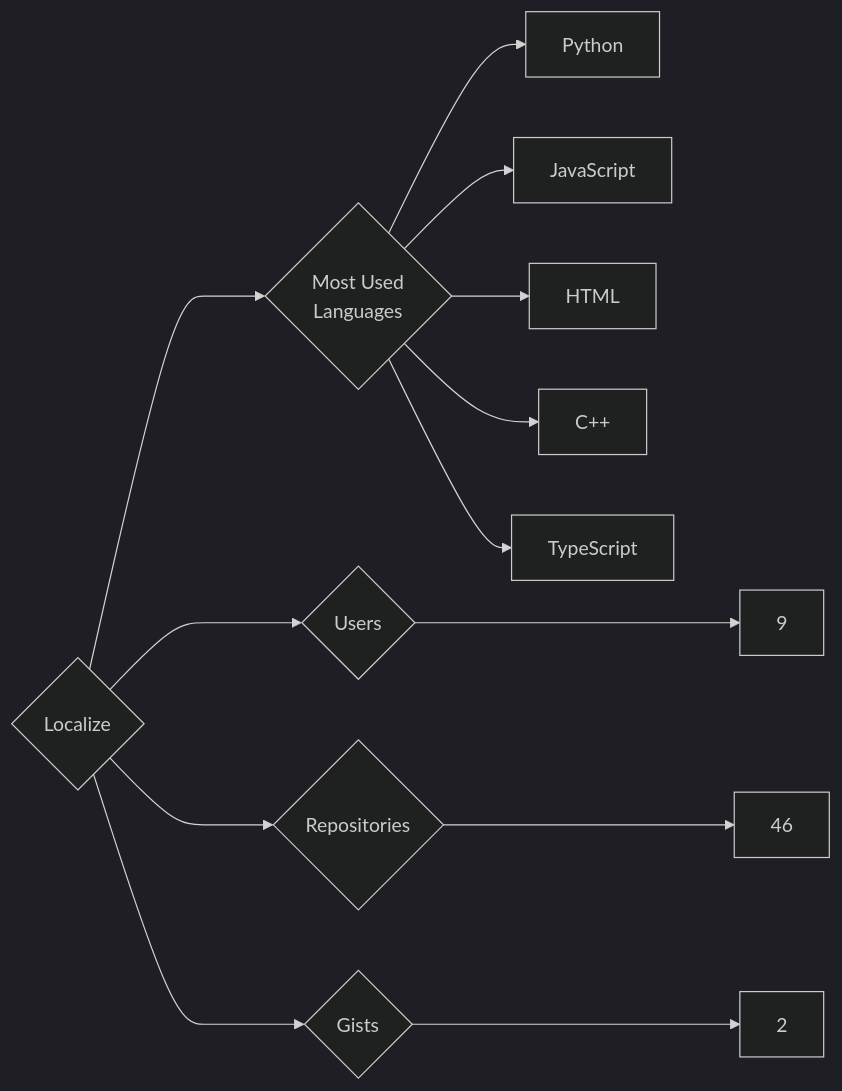
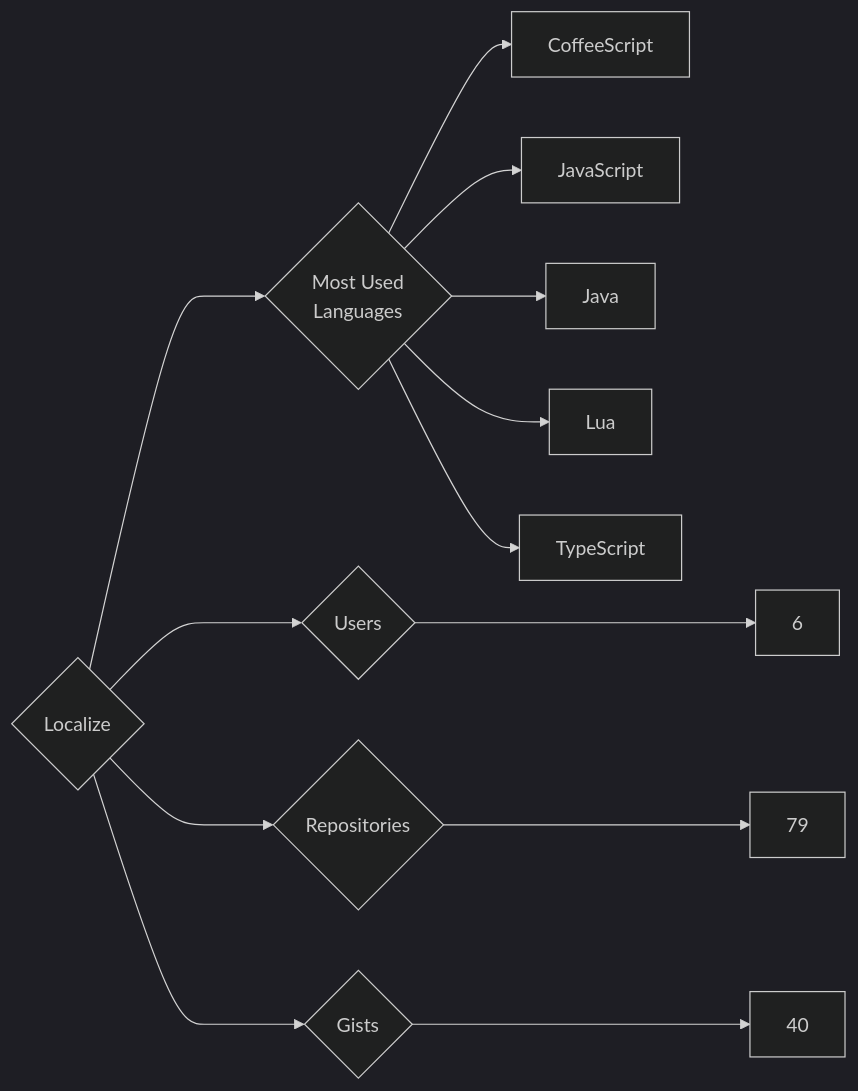
The diagram in targets/Localize/README.md (trickest/insiders), drawn with Mermaid (dark theme) before and after one commit. The commit also changed 1484 other files, not shown here.

````diff
--- a/targets/Localize/README.md
+++ b/targets/Localize/README.md
@@ -3,13 +3,13 @@
 ```mermaid
 graph LR
 COMPANY_NAME{Localize}
-COMPANY_NAME ---> U{Users} ---> UN[9]
-COMPANY_NAME ---> R{Repositories} ---> RN[46]
-COMPANY_NAME ---> G{Gists} ---> GN[2]
+COMPANY_NAME ---> U{Users} ---> UN[6]
+COMPANY_NAME ---> R{Repositories} ---> RN[79]
+COMPANY_NAME ---> G{Gists} ---> GN[40]
 COMPANY_NAME ---> ML{Most Used<br>Languages}
-ML --> Python[Python]
+ML --> CoffeeScript[CoffeeScript]
 ML --> JavaScript[JavaScript]
-ML --> HTML[HTML]
-ML --> C++[C++]
+ML --> Java[Java]
+ML --> Lua[Lua]
 ML --> TypeScript[TypeScript]
 ```
````
